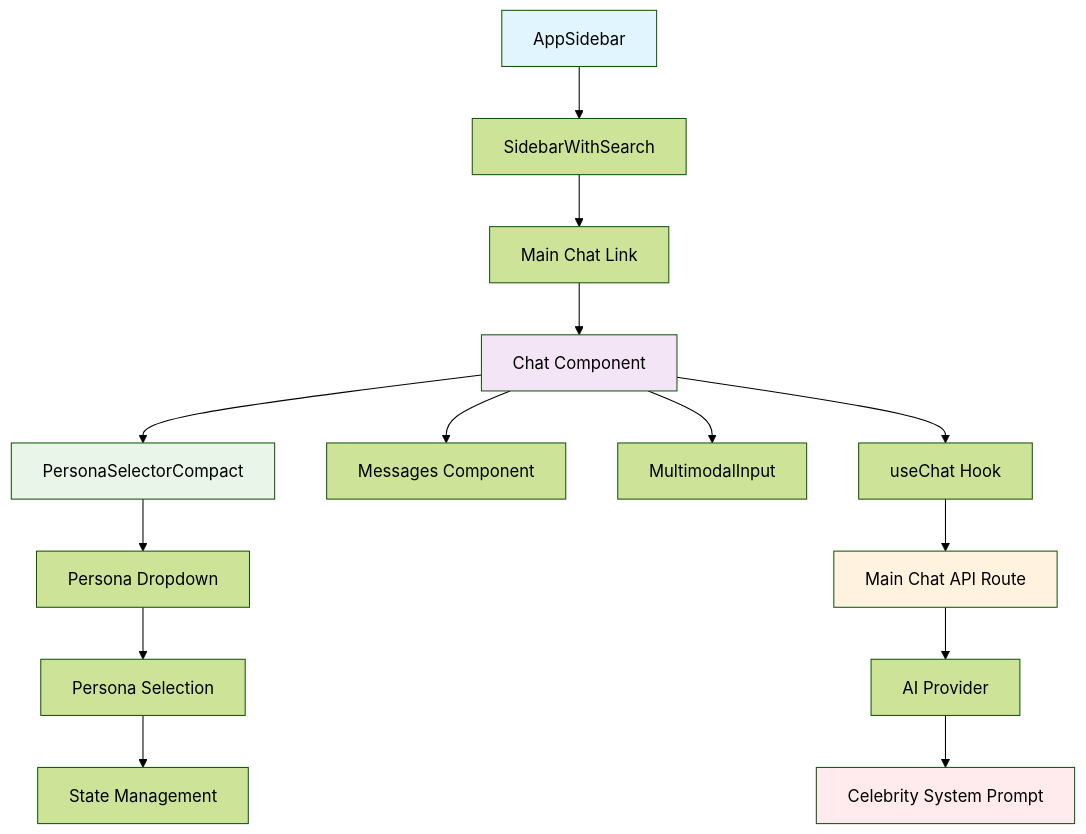
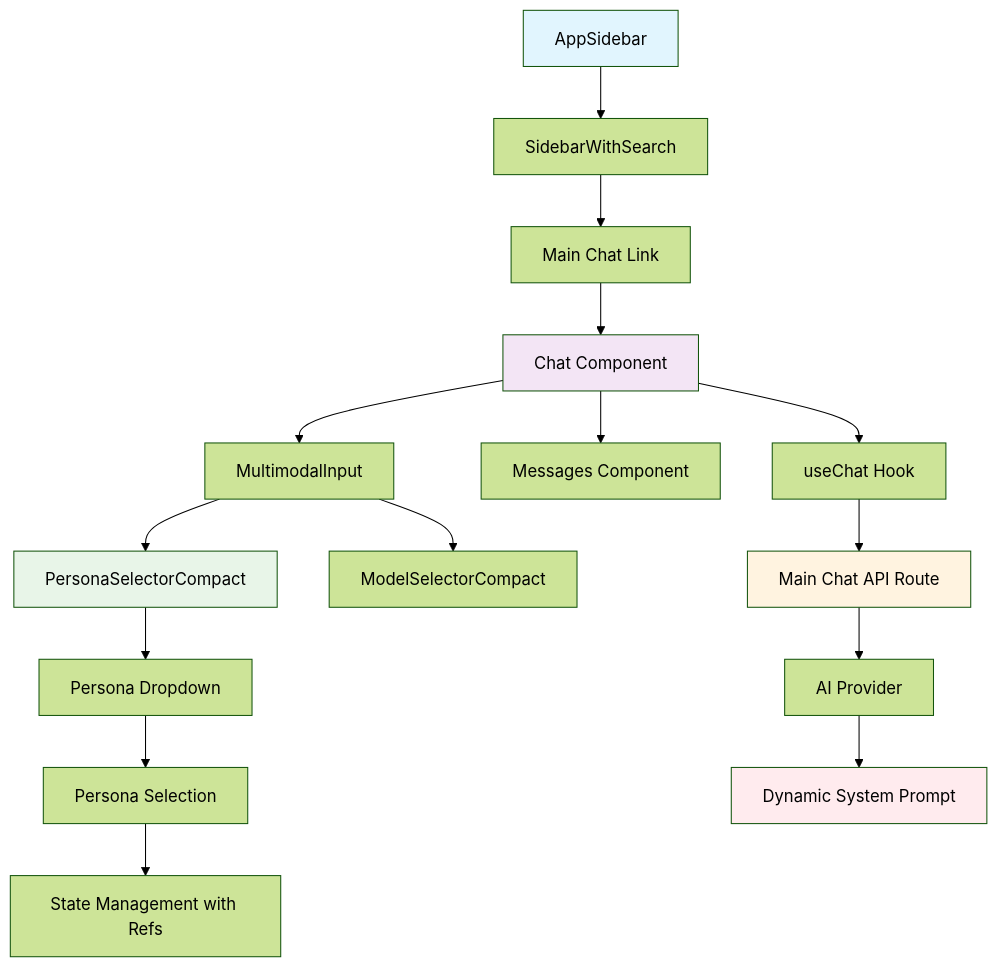
One commit to pissaypratheesh/ai-chatbot changed the first of 2 diagrams in docs/CELEBRITY_CHAT_IMPLEMENTATION_COMPLETE.md. Above: the diagram before and after it, drawn with Mermaid (forest theme). The commit also changed other lines of this file and 3 other files, not shown here.

First line of the commit message:
feat: consolidate celebrity chat into main interface

````diff
--- a/docs/CELEBRITY_CHAT_IMPLEMENTATION_COMPLETE.md
+++ b/docs/CELEBRITY_CHAT_IMPLEMENTATION_COMPLETE.md
@@ -31,24 +33,25 @@
 ```mermaid
 graph TD
     A[AppSidebar] --> B[SidebarWithSearch]
     B --> C[Main Chat Link]
     C --> D[Chat Component]
-    D --> E[PersonaSelectorCompact]
-    D --> F[Messages Component]
-    D --> G[MultimodalInput]
+    D --> E[MultimodalInput]
+    E --> F[PersonaSelectorCompact]
+    E --> G[ModelSelectorCompact]
+    D --> H[Messages Component]
     
-    E --> H[Persona Dropdown]
-    H --> I[Persona Selection]
-    I --> J[State Management]
+    F --> I[Persona Dropdown]
+    I --> J[Persona Selection]
+    J --> K[State Management with Refs]
     
-    D --> K[useChat Hook]
-    K --> L[Main Chat API Route]
-    L --> M[AI Provider]
-    M --> N[Celebrity System Prompt]
+    D --> L[useChat Hook]
+    L --> M[Main Chat API Route]
+    M --> N[AI Provider]
+    N --> O[Dynamic System Prompt]
     
     style A fill:#e1f5fe
     style D fill:#f3e5f5
-    style E fill:#e8f5e8
-    style L fill:#fff3e0
-    style N fill:#ffebee
+    style F fill:#e8f5e8
+    style M fill:#fff3e0
+    style O fill:#ffebee
 ```
````
